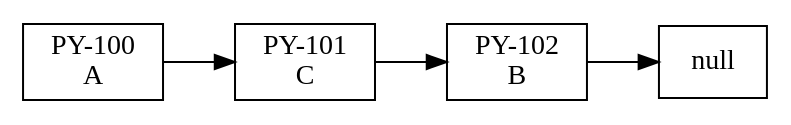
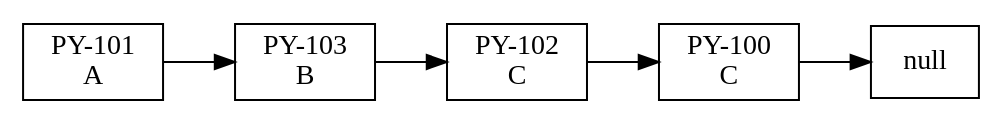
One commit to Sheila-Amaya/EDD_2S2023_PY_202000558 changed the diagram in EDD_PY1_Fase1/Reportes/Cola.dot. Above: the diagram before and after it, drawn with Graphviz. The commit also changed 8 other files, not shown here.

```diff
--- a/EDD_PY1_Fase1/Reportes/Cola.dot
+++ b/EDD_PY1_Fase1/Reportes/Cola.dot
@@ -1,11 +1,13 @@
 digraph cola {
  rankdir=LR;
  node[shape = record]; 
-nodo0[label="{PY-100 \n A}"]; 
-nodo1[label="{PY-101 \n C}"]; 
-nodo2[label="{PY-102 \n B}"]; 
+nodo0[label="{PY-101 \n A}"]; 
+nodo1[label="{PY-103 \n B}"]; 
+nodo2[label="{PY-102 \n C}"]; 
+nodo3[label="{PY-100 \n C}"]; 
 nodo0 -> nodo1
 nodo1 -> nodo2
+nodo2 -> nodo3
 
-nodo2 -> null 
+nodo3 -> null 
 }
```
